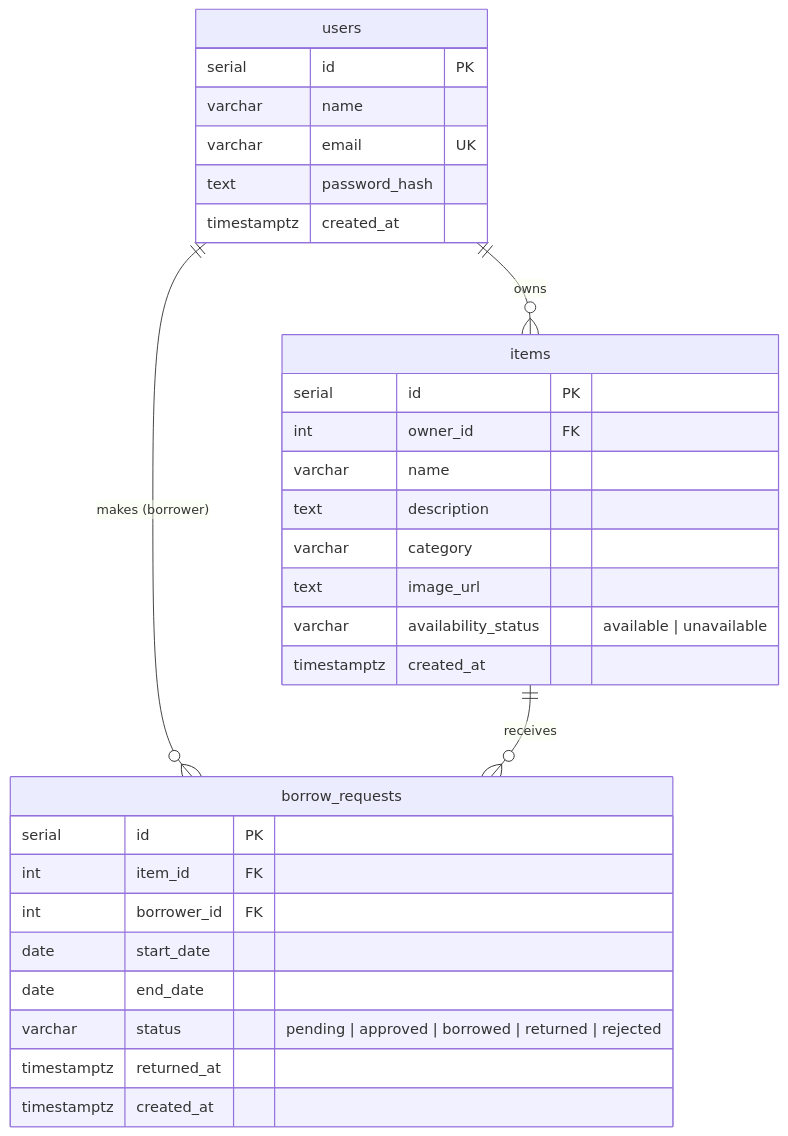
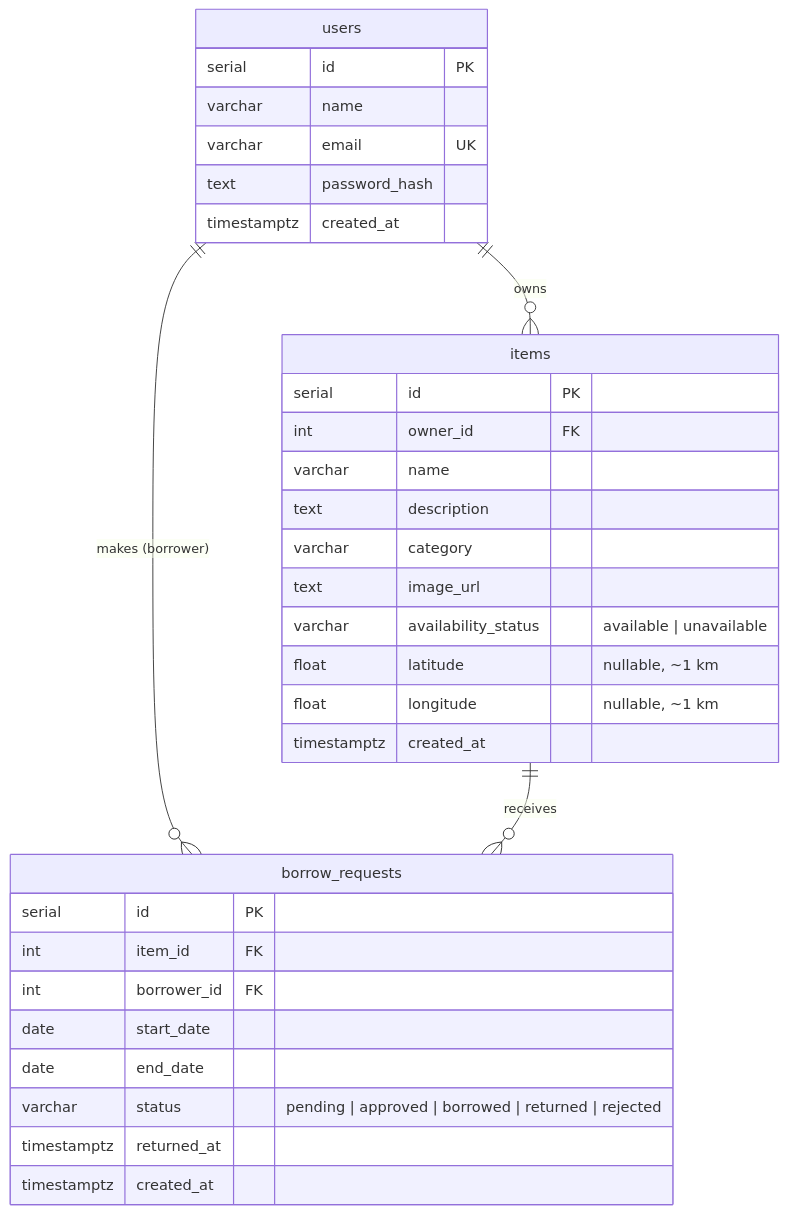
The second of 2 diagrams in docs/ARCHITECTURE.md (Vinothini-12/Borrow-buddy), drawn with Mermaid before and after one commit. The commit also changed other lines of this file and 13 other files, not shown here.

````diff
--- a/docs/ARCHITECTURE.md
+++ b/docs/ARCHITECTURE.md
@@ -95,34 +96,36 @@
 ```mermaid
 erDiagram
     users ||--o{ items : "owns"
     users ||--o{ borrow_requests : "makes (borrower)"
     items ||--o{ borrow_requests : "receives"
 
     users {
         serial id PK
         varchar name
         varchar email UK
         text password_hash
         timestamptz created_at
     }
     items {
         serial id PK
         int owner_id FK
         varchar name
         text description
         varchar category
         text image_url
         varchar availability_status "available | unavailable"
+        float latitude "nullable, ~1 km"
+        float longitude "nullable, ~1 km"
         timestamptz created_at
     }
     borrow_requests {
         serial id PK
         int item_id FK
         int borrower_id FK
         date start_date
         date end_date
         varchar status "pending | approved | borrowed | returned | rejected"
         timestamptz returned_at
         timestamptz created_at
     }
 ```
````
